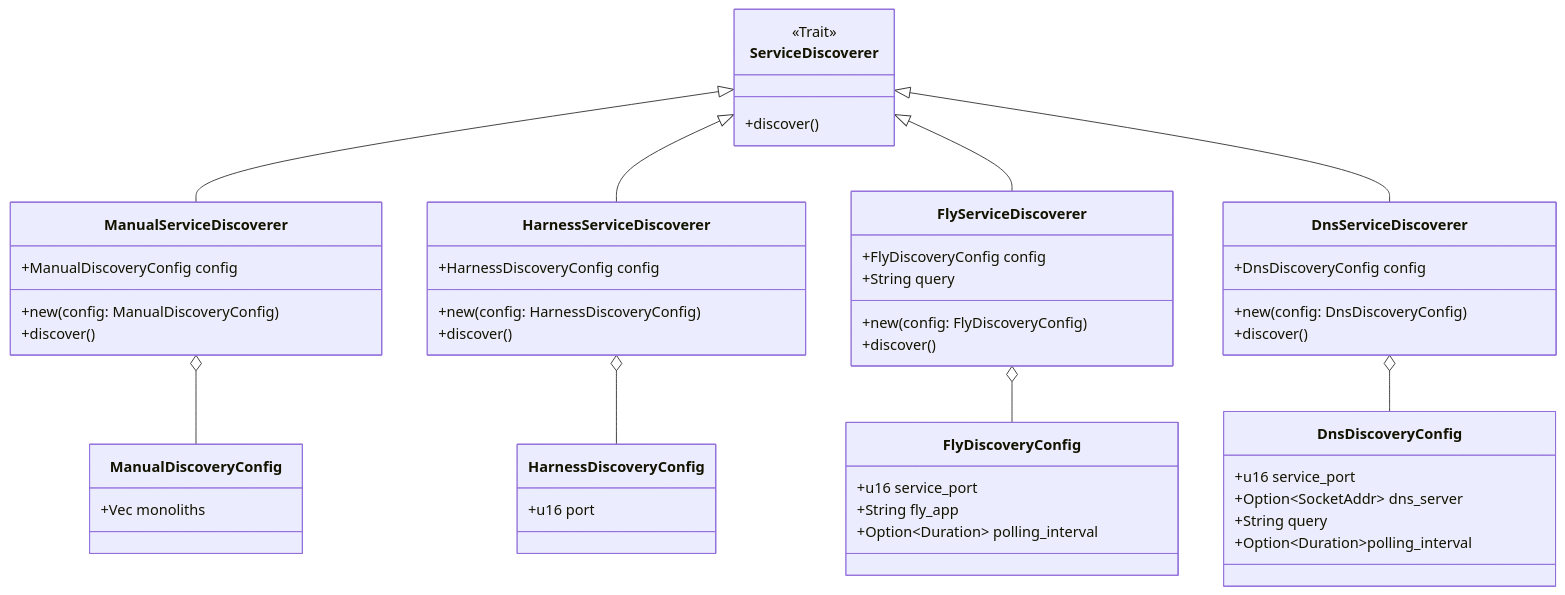
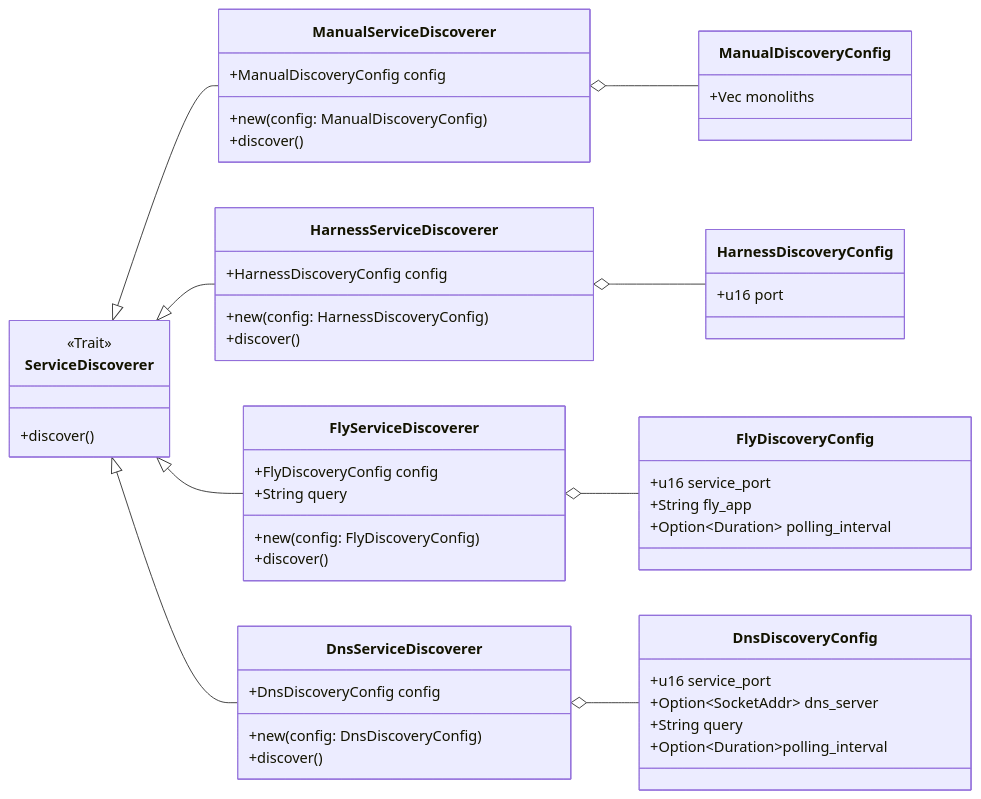
Before and after one commit to dyc3/senior-design: the diagram in figures/discovery/service-discoverers.mmd, drawn with Mermaid. The commit also changed 2 other files, not shown here.

```diff
--- a/figures/discovery/service-discoverers.mmd
+++ b/figures/discovery/service-discoverers.mmd
@@ -1,48 +1,48 @@
 classDiagram
-    direction BT
+    direction RL
     class ServiceDiscoverer {
         <<Trait>>
         +discover()
     }
     ManualServiceDiscoverer --|> ServiceDiscoverer
     HarnessServiceDiscoverer --|> ServiceDiscoverer
     FlyServiceDiscoverer --|> ServiceDiscoverer
     DnsServiceDiscoverer --|> ServiceDiscoverer
 
     DnsDiscoveryConfig --o DnsServiceDiscoverer
     DnsDiscoveryConfig : +u16 service_port
     DnsDiscoveryConfig : +Option~SocketAddr~ dns_server
     DnsDiscoveryConfig : +String query
     DnsDiscoveryConfig : +Option~Duration~polling_interval
     class DnsServiceDiscoverer{
         +DnsDiscoveryConfig config
         +new(config: DnsDiscoveryConfig)
         +discover()
     }
 
     FlyDiscoveryConfig --o FlyServiceDiscoverer
     FlyDiscoveryConfig : +u16 service_port
     FlyDiscoveryConfig : +String fly_app
     FlyDiscoveryConfig : +Option~Duration~ polling_interval
     class FlyServiceDiscoverer{
         +FlyDiscoveryConfig config
         +String query
         +new(config: FlyDiscoveryConfig)
         +discover()
     }
 
     ManualDiscoveryConfig --o ManualServiceDiscoverer
     ManualDiscoveryConfig : +Vec monoliths
     class ManualServiceDiscoverer{
         +ManualDiscoveryConfig config
         +new(config: ManualDiscoveryConfig)
         +discover()
     }
 
     HarnessDiscoveryConfig --o HarnessServiceDiscoverer
     HarnessDiscoveryConfig : +u16 port
     class HarnessServiceDiscoverer{
         +HarnessDiscoveryConfig config
         +new(config: HarnessDiscoveryConfig)
         +discover()
     }
```
